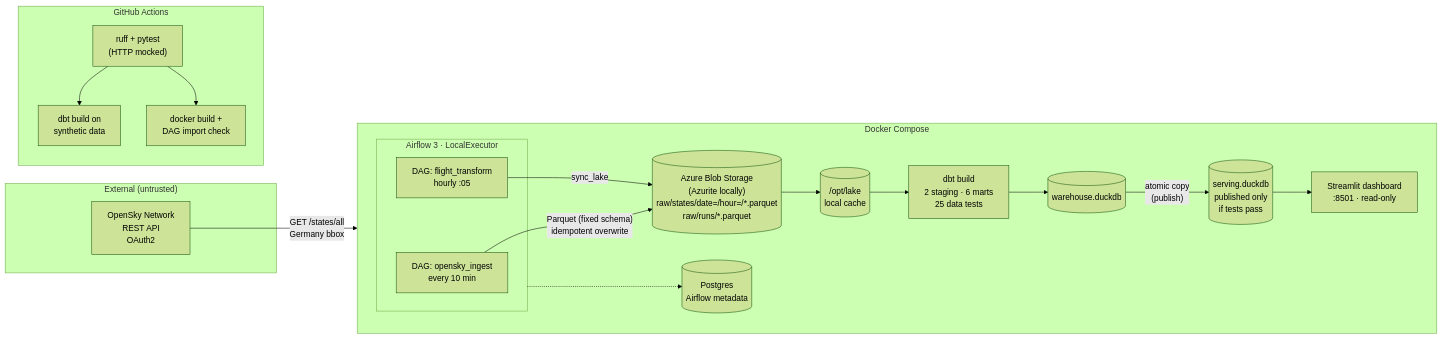
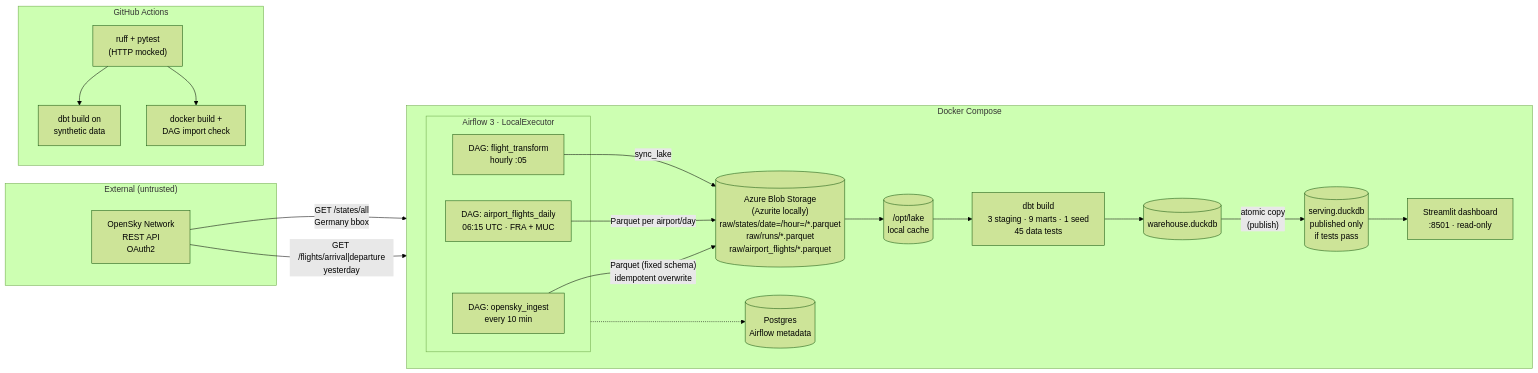
The diagram in README.md (chiranjeev89/opensky-flight-pipeline), drawn with Mermaid (forest theme) before and after one commit. The commit also changed other lines of this file and 40 other files, not shown here.

````diff
--- a/README.md
+++ b/README.md
@@ -28,33 +29,36 @@
 ```mermaid
 flowchart LR
     subgraph EXT["External (untrusted)"]
         OS["OpenSky Network<br/>REST API<br/>OAuth2"]
     end
 
     subgraph DC["Docker Compose"]
         direction LR
         subgraph AF["Airflow 3 · LocalExecutor"]
             I["DAG: opensky_ingest<br/>every 10 min"]
             T["DAG: flight_transform<br/>hourly :05"]
+            A["DAG: airport_flights_daily<br/>06:15 UTC · FRA + MUC"]
         end
-        BLOB[("Azure Blob Storage<br/>(Azurite locally)<br/>raw/states/date=/hour=/*.parquet<br/>raw/runs/*.parquet")]
+        BLOB[("Azure Blob Storage<br/>(Azurite locally)<br/>raw/states/date=/hour=/*.parquet<br/>raw/runs/*.parquet<br/>raw/airport_flights/*.parquet")]
         LAKE[("/opt/lake<br/>local cache")]
-        DBT["dbt build<br/>2 staging · 6 marts<br/>25 data tests"]
+        DBT["dbt build<br/>3 staging · 9 marts · 1 seed<br/>45 data tests"]
         WH[("warehouse.duckdb")]
         SV[("serving.duckdb<br/>published only<br/>if tests pass")]
         DASH["Streamlit dashboard<br/>:8501 · read-only"]
         PG[("Postgres<br/>Airflow metadata")]
     end
 
     subgraph CI["GitHub Actions"]
         C1["ruff + pytest<br/>(HTTP mocked)"] --> C2["dbt build on<br/>synthetic data"]
         C1 --> C3["docker build +<br/>DAG import check"]
     end
 
     OS -- "GET /states/all<br/>Germany bbox" --> I
     I -- "Parquet (fixed schema)<br/>idempotent overwrite" --> BLOB
+    OS -- "GET /flights/arrival|departure<br/>yesterday" --> A
+    A -- "Parquet per airport/day" --> BLOB
     T -- "sync_lake" --> BLOB
     BLOB --> LAKE --> DBT --> WH
     WH -- "atomic copy<br/>(publish)" --> SV --> DASH
     AF -.-> PG
 ```
````
